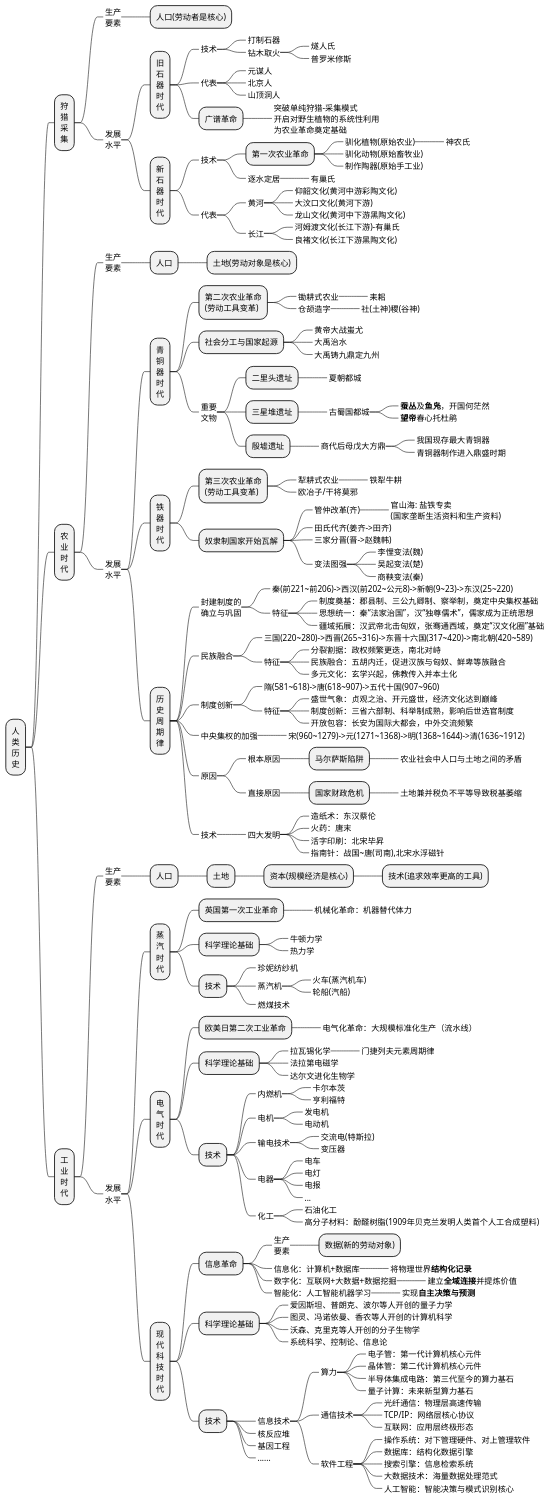
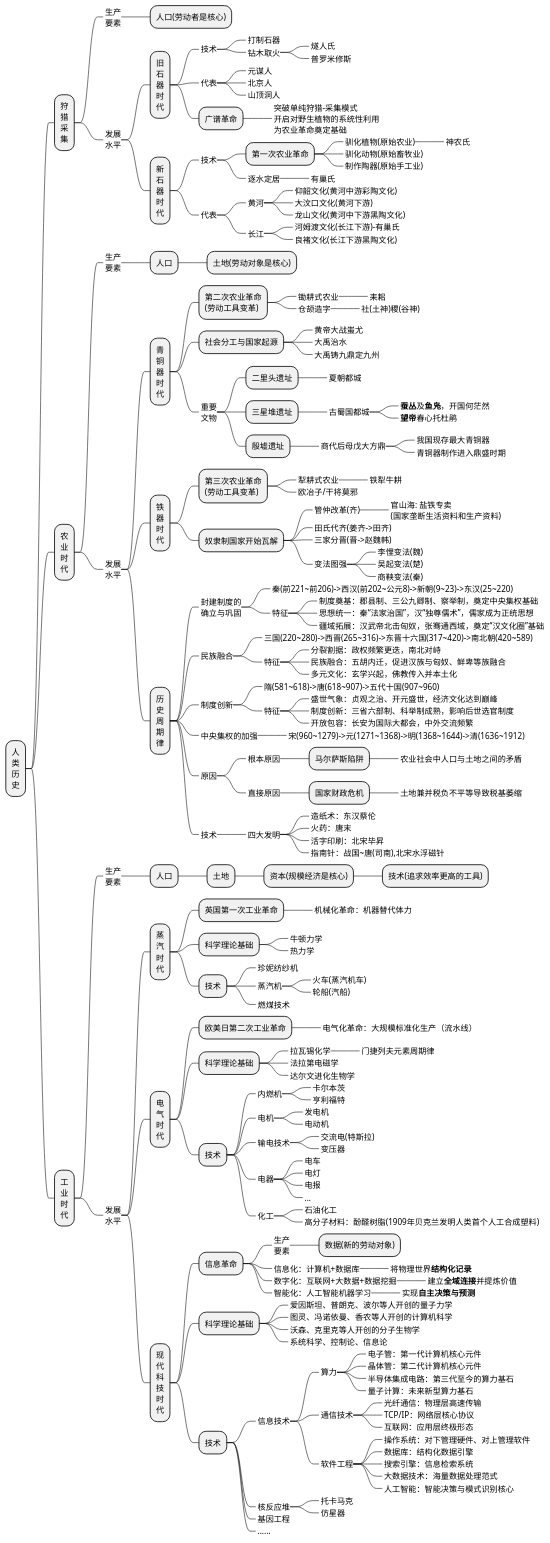
One commit to holmofy/blog.hufeifei.cn changed the first of 4 diagrams in source/_posts/economic/economic_and_history.md. Above: the diagram before and after it, drawn with PlantUML.

```diff
--- a/source/_posts/economic/economic_and_history.md
+++ b/source/_posts/economic/economic_and_history.md
@@ -205,6 +205,8 @@
 ++++++++_ 大数据技术：海量数据处理范式
 ++++++++_ 人工智能：智能决策与模式识别核心
 ++++++_ 核反应堆
++++++++_ 托卡马克
++++++++_ 仿星器
 ++++++_ 基因工程
 ++++++_ ......
 @endmindmap
```
